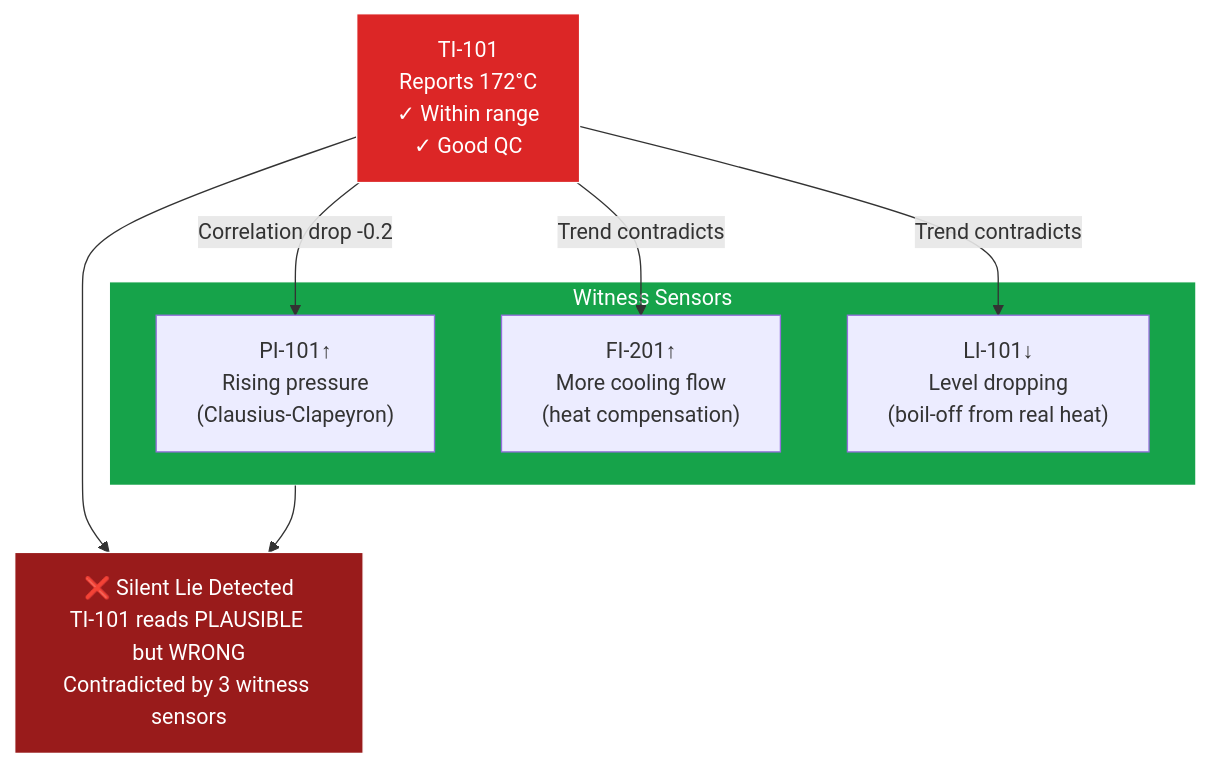
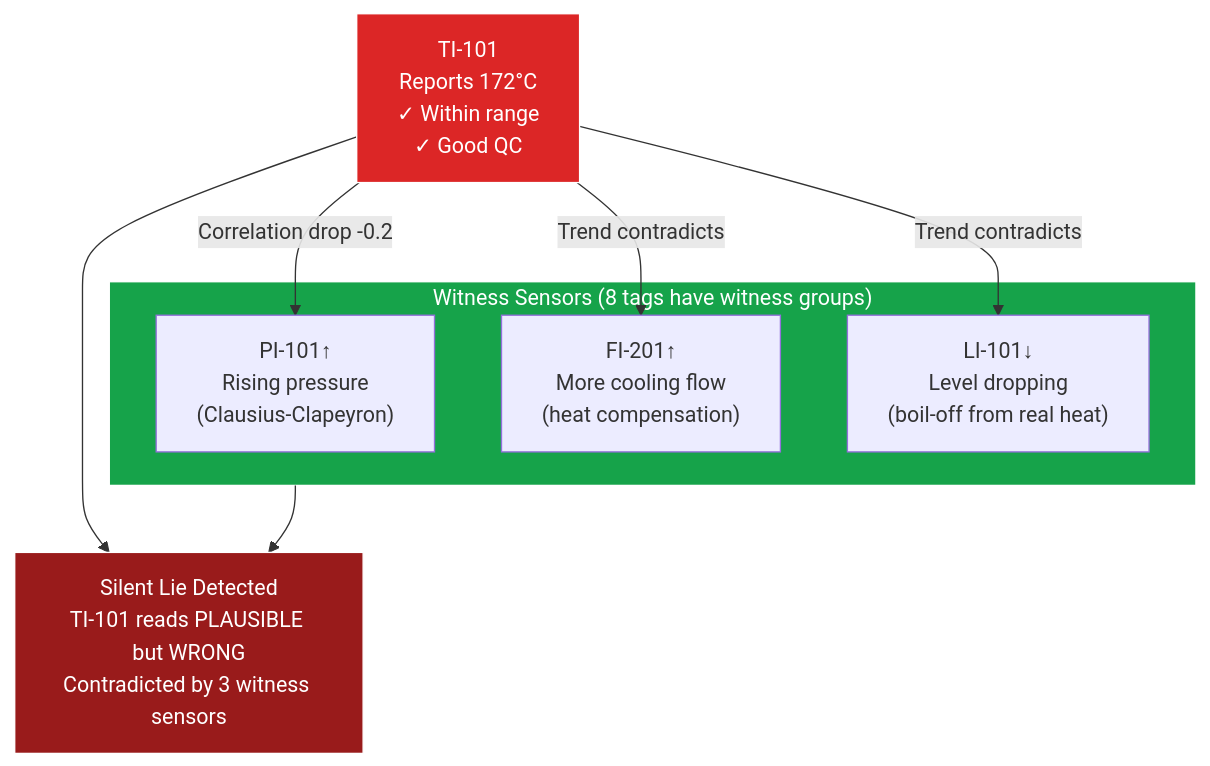
One commit to sajanyerra/pharma-data-integrity-inspector changed the fifth of 11 diagrams in ARCHITECTURE.md. Above: the diagram before and after it, drawn with Mermaid. The commit also changed other lines of this file and 2 other files, not shown here.

````diff
--- a/ARCHITECTURE.md
+++ b/ARCHITECTURE.md
@@ -218,23 +198,23 @@
 ```mermaid
 graph TD
     TI101["TI-101<br/>Reports 172°C<br/>✓ Within range<br/>✓ Good QC"]
-    
-    subgraph Witnesses ["Witness Sensors"]
+
+    subgraph Witnesses ["Witness Sensors (8 tags have witness groups)"]
         PI101["PI-101↑<br/>Rising pressure<br/>(Clausius-Clapeyron)"]
         FI201["FI-201↑<br/>More cooling flow<br/>(heat compensation)"]
         LI101["LI-101↓<br/>Level dropping<br/>(boil-off from real heat)"]
     end
 
     TI101 -->|"Correlation drop -0.2"| PI101
     TI101 -->|"Trend contradicts"| FI201
     TI101 -->|"Trend contradicts"| LI101
 
-    VERDICT["❌ Silent Lie Detected<br/>TI-101 reads PLAUSIBLE but WRONG<br/>Contradicted by 3 witness sensors"]
-    
+    VERDICT["Silent Lie Detected<br/>TI-101 reads PLAUSIBLE but WRONG<br/>Contradicted by 3 witness sensors"]
+
     TI101 --> VERDICT
     Witnesses --> VERDICT
 
     style TI101 fill:#dc2626,stroke:#fff,color:#fff
     style VERDICT fill:#991b1b,stroke:#fff,color:#fff
     style Witnesses fill:#16a34a,stroke:#fff,color:#fff
 ```
````
